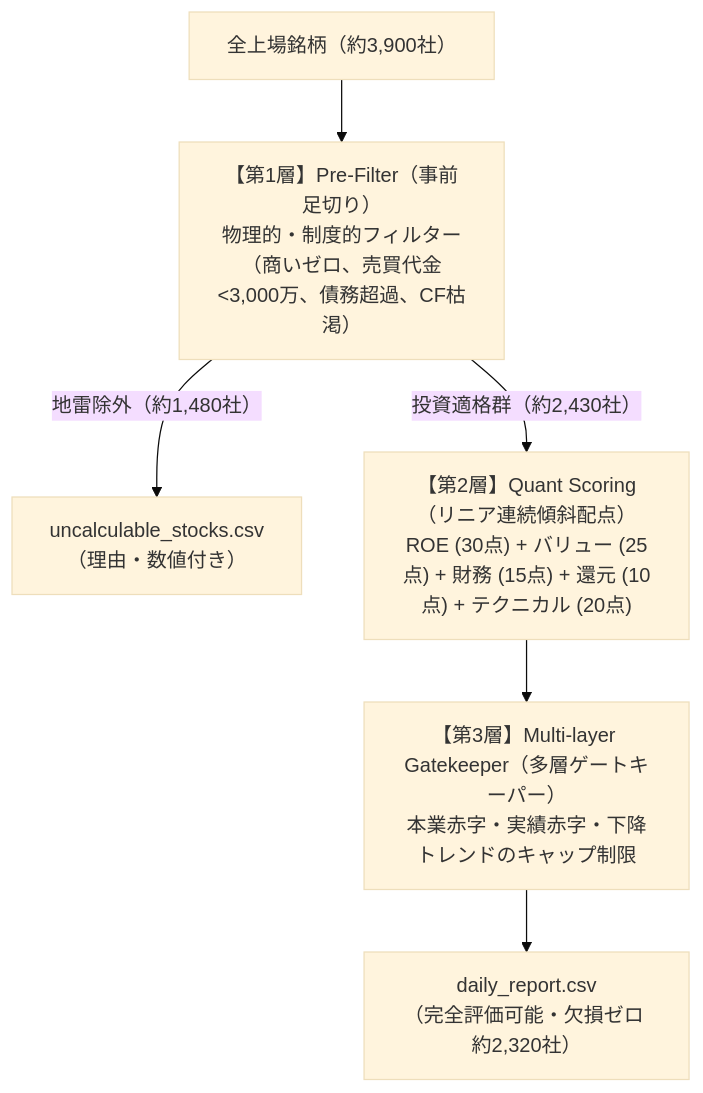
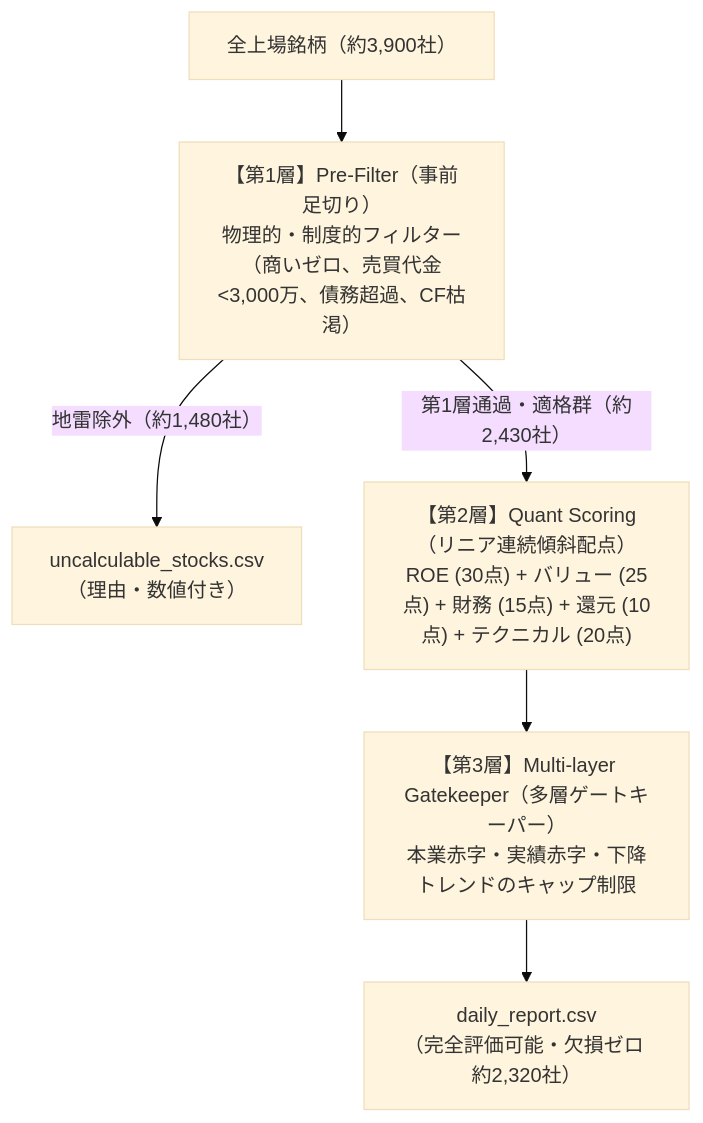
Before and after one commit to akkyey/stock-analyzer-core: the diagram in docs/designs/csv_agent_reading_guide.md, drawn with Mermaid (base theme). The commit also changed other lines of this file and 2 other files, not shown here.

````diff
--- a/docs/designs/csv_agent_reading_guide.md
+++ b/docs/designs/csv_agent_reading_guide.md
@@ -125,8 +125,8 @@
 ```mermaid
 flowchart TD
     A["全上場銘柄（約3,900社）"] --> B["【第1層】Pre-Filter（事前足切り）<br>物理的・制度的フィルター<br>（商いゼロ、売買代金<3,000万、債務超過、CF枯渇）"]
     B -- 地雷除外（約1,480社） --> C["uncalculable_stocks.csv<br>（理由・数値付き）"]
-    B -- 投資適格群（約2,430社） --> D["【第2層】Quant Scoring（リニア連続傾斜配点）<br>ROE (30点) + バリュー (25点) + 財務 (15点) + 還元 (10点) + テクニカル (20点)"]
+    B -- 第1層通過・適格群（約2,430社） --> D["【第2層】Quant Scoring（リニア連続傾斜配点）<br>ROE (30点) + バリュー (25点) + 財務 (15点) + 還元 (10点) + テクニカル (20点)"]
     D --> E["【第3層】Multi-layer Gatekeeper（多層ゲートキーパー）<br>本業赤字・実績赤字・下降トレンドのキャップ制限"]
     E --> F["daily_report.csv<br>（完全評価可能・欠損ゼロ 約2,320社）"]
 ```
````
